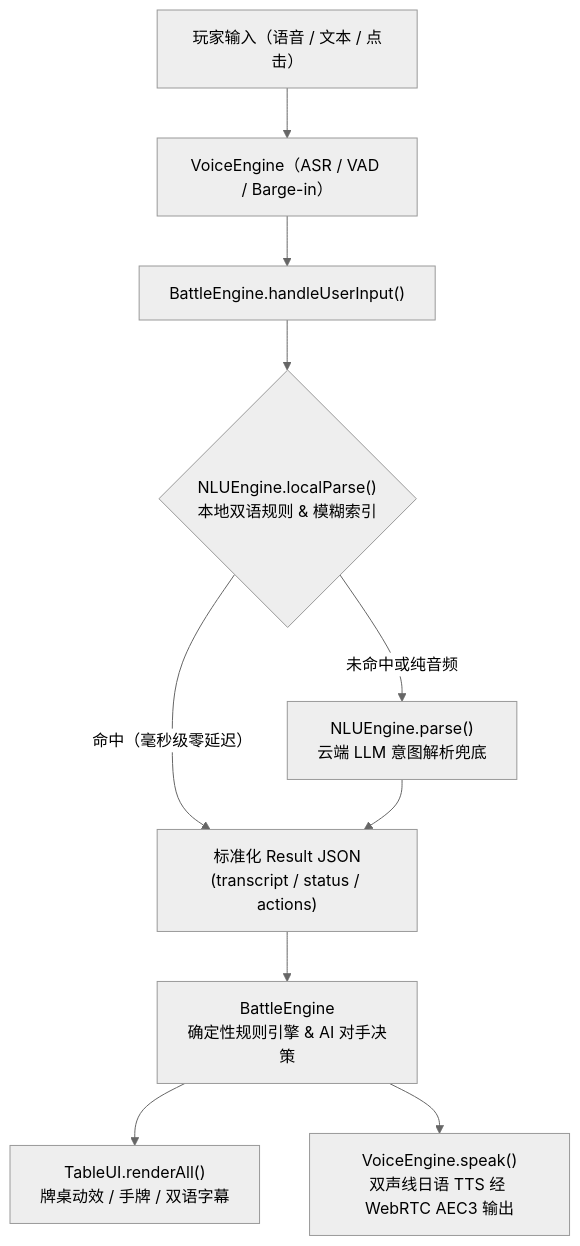
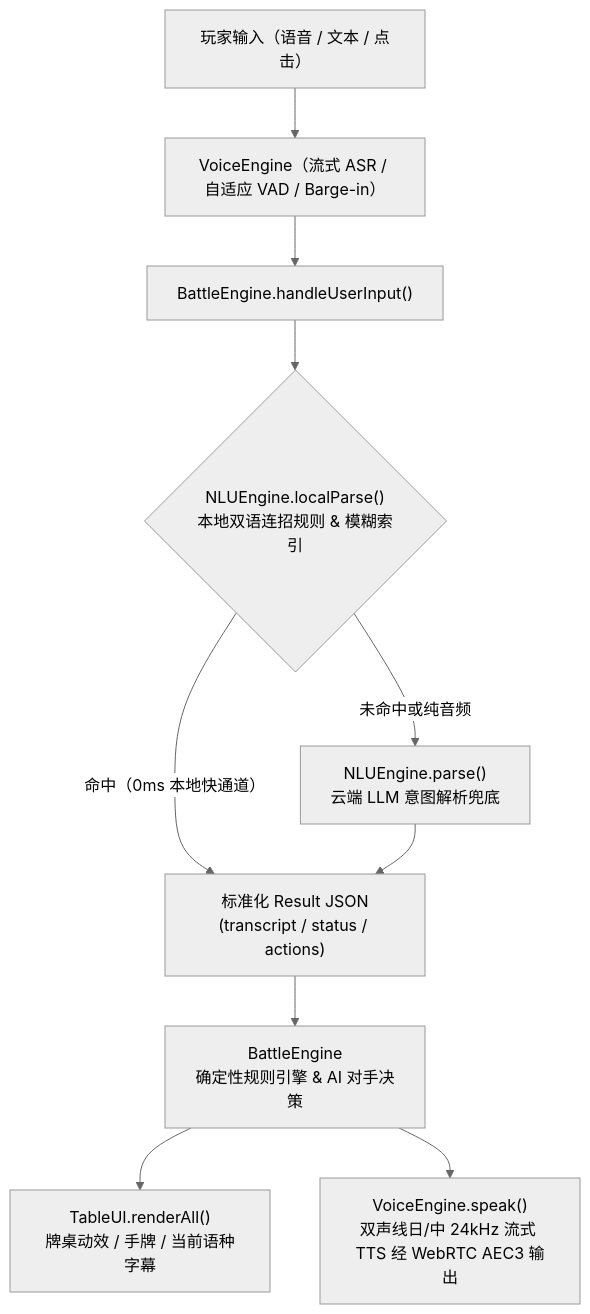
Before and after one commit to ezta23x/kotodama-duel-voice-tcg: the diagram in README.md, drawn with Mermaid (neutral theme). The commit also changed other lines of this file and 5 other files, not shown here.

Commit message:
fix: refine monster SVGs, clickable AI tip button, VAD/Nia ASR & TTS stability, UI fixes, and update README/screenshots

````diff
--- a/README.md
+++ b/README.md
@@ -148,12 +152,12 @@
 ```mermaid
 flowchart TD
-    A["玩家输入（语音 / 文本 / 点击）"] --> B["VoiceEngine（ASR / VAD / Barge-in）"]
+    A["玩家输入（语音 / 文本 / 点击）"] --> B["VoiceEngine（流式 ASR / 自适应 VAD / Barge-in）"]
     B --> C["BattleEngine.handleUserInput()"]
-    C --> D{"NLUEngine.localParse()\n本地双语规则 & 模糊索引"}
-    D -- "命中（毫秒级零延迟）" --> F["标准化 Result JSON\n(transcript / status / actions)"]
+    C --> D{"NLUEngine.localParse()\n本地双语连招规则 & 模糊索引"}
+    D -- "命中（0ms 本地快通道）" --> F["标准化 Result JSON\n(transcript / status / actions)"]
     D -- "未命中或纯音频" --> E["NLUEngine.parse()\n云端 LLM 意图解析兜底"]
     E --> F
     F --> G["BattleEngine\n确定性规则引擎 & AI 对手决策"]
-    G --> H["TableUI.renderAll()\n牌桌动效 / 手牌 / 双语字幕"]
-    G --> I["VoiceEngine.speak()\n双声线日语 TTS 经 WebRTC AEC3 输出"]
+    G --> H["TableUI.renderAll()\n牌桌动效 / 手牌 / 当前语种字幕"]
+    G --> I["VoiceEngine.speak()\n双声线日/中 24kHz 流式 TTS 经 WebRTC AEC3 输出"]
 ```
````
